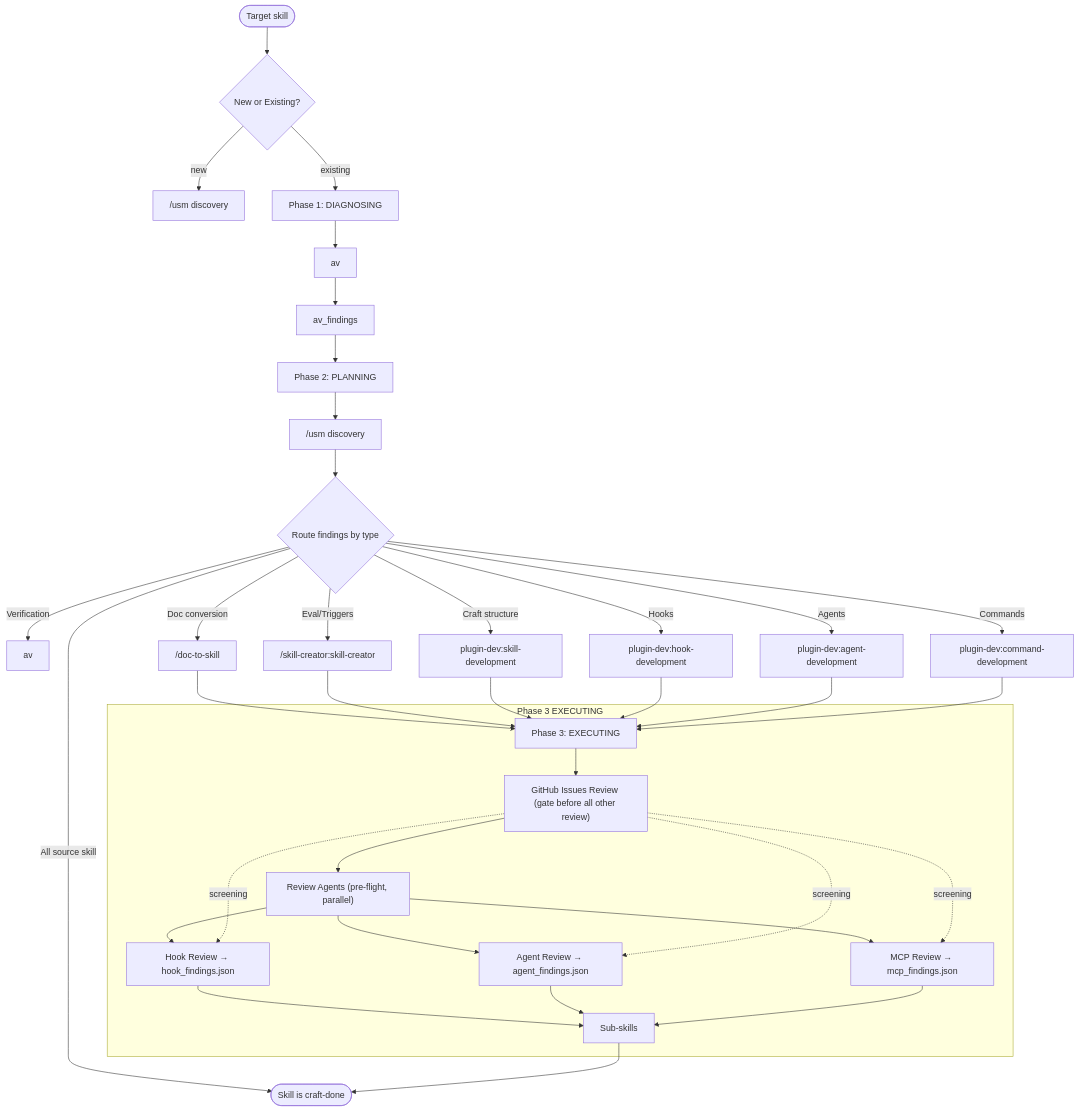
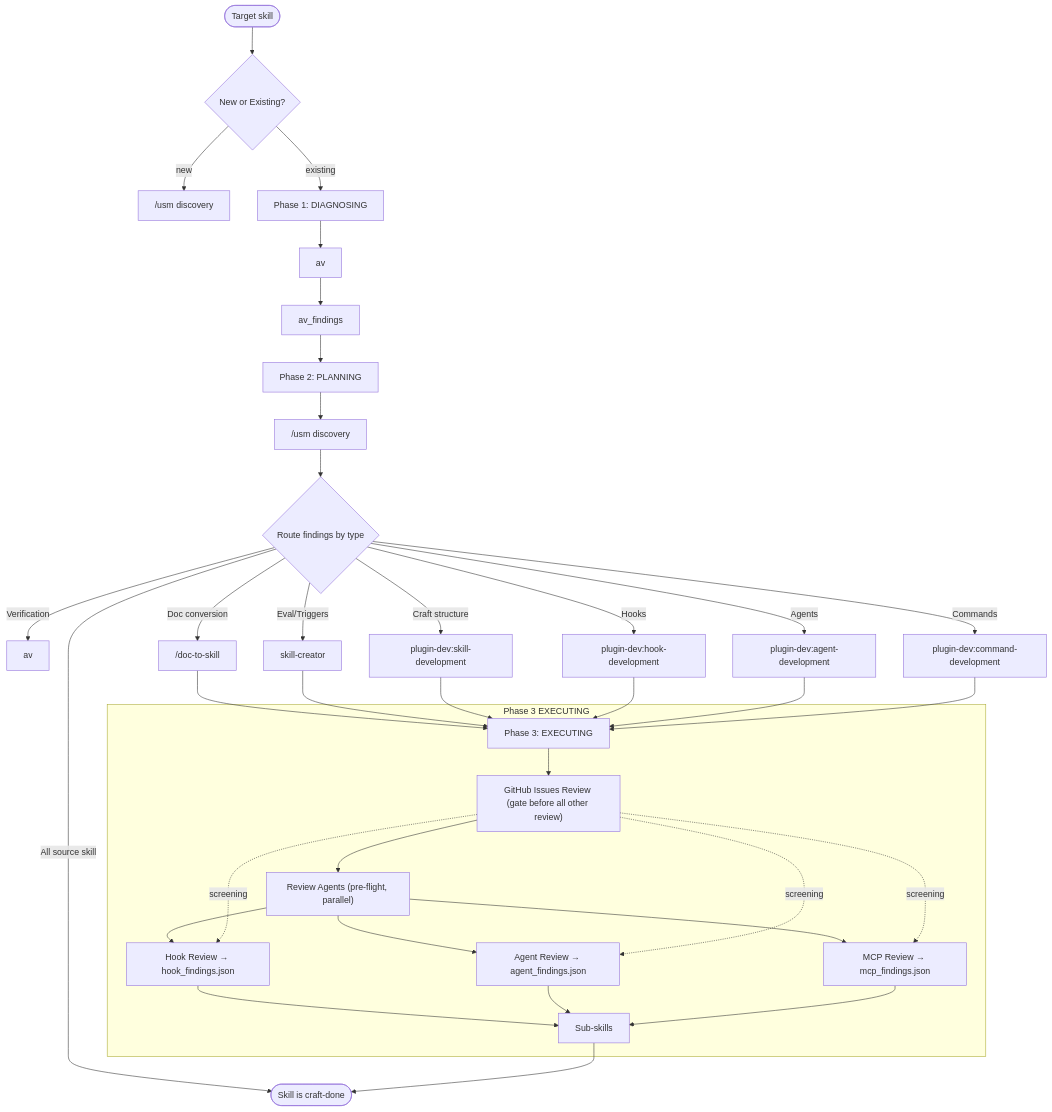
Before and after one commit to EndUser123/search-research: the diagram in packages/cc-skills-meta/skills/skill-craft/SKILL.md, drawn with Mermaid. The commit also changed other lines of this file and 591 other files, not shown here.

````diff
--- a/packages/cc-skills-meta/skills/skill-craft/SKILL.md
+++ b/packages/cc-skills-meta/skills/skill-craft/SKILL.md
@@ -127,47 +127,47 @@
 ```mermaid
 flowchart TD
     Start(["Target skill"]) --> NewOrExisting{"New or Existing?"}
     NewOrExisting -->|new| USM["/usm discovery"]
     NewOrExisting -->|existing| P1["Phase 1: DIAGNOSING"]
     P1 --> AVRun["av"]
 
     AVRun --> AF["av_findings"]
 
     AF --> P2["Phase 2: PLANNING"]
 
     P2 --> USM2["/usm discovery"]
     USM2 --> Route{"Route findings by type"}
     Route -->|Verification| AVRoute["av"]
     Route -->|Doc conversion| DocRun["/doc-to-skill"]
-    Route -->|Eval/Triggers| CreatorRun["/skill-creator:skill-creator"]
+    Route -->|Eval/Triggers| CreatorRun["skill-creator"]
     Route -->|Craft structure| DevRun["plugin-dev:skill-development"]
     Route -->|Hooks| HookDev["plugin-dev:hook-development"]
     Route -->|Agents| AgentDev["plugin-dev:agent-development"]
     Route -->|Commands| CmdDev["plugin-dev:command-development"]
     Route -->|All source skill| Done
 
     DocRun --> P3["Phase 3: EXECUTING"]
     CreatorRun --> P3
     DevRun --> P3
     HookDev --> P3
     AgentDev --> P3
     CmdDev --> P3
 
     subgraph P3_EXECUTING ["Phase 3 EXECUTING"]
         P3 --> GHR["GitHub Issues Review (gate before all other review)"]
         GHR --> RA["Review Agents (pre-flight, parallel)"]
         RA --> HRA["Hook Review → hook_findings.json"]
         RA --> AGA["Agent Review → agent_findings.json"]
         RA --> MCPA["MCP Review → mcp_findings.json"]
         GHR -.screening.-> HRA
         GHR -.screening.-> AGA
         GHR -.screening.-> MCPA
         HRA --> Subs["Sub-skills"]
         AGA --> Subs
         MCPA --> Subs
     end
 
     Subs --> Done
 
     Done(["Skill is craft-done"])
 ```
````
